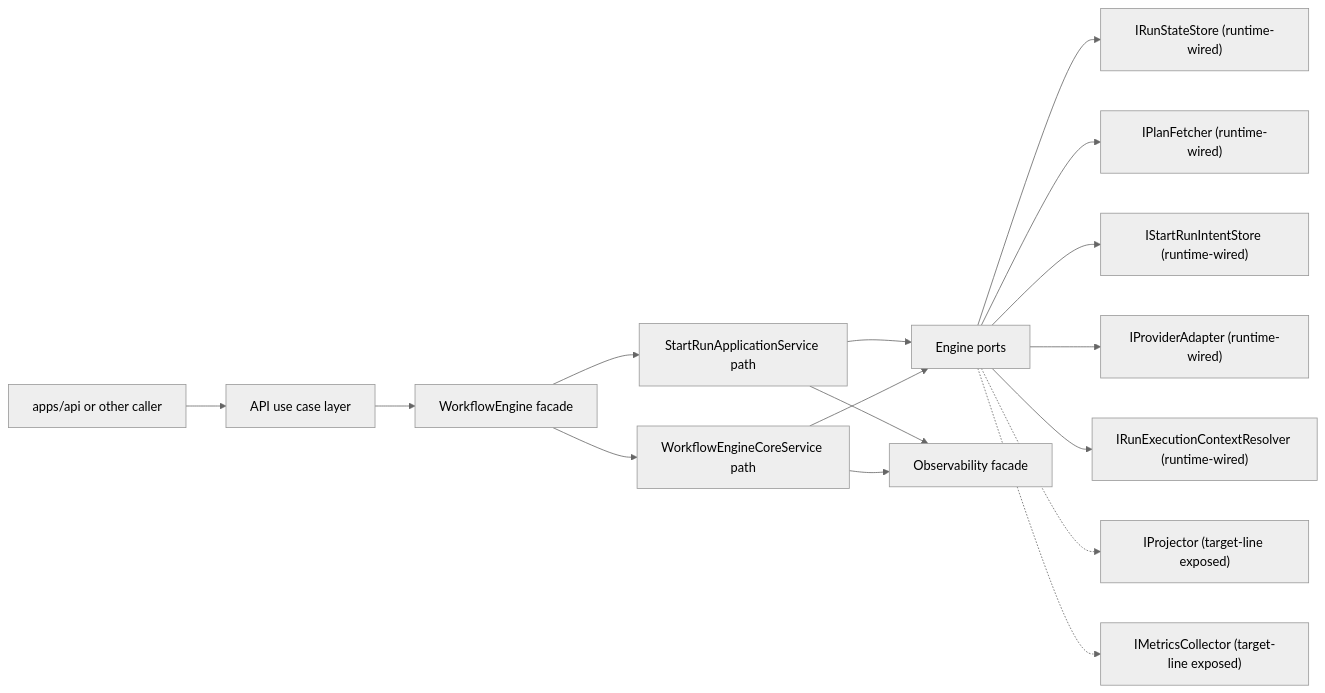
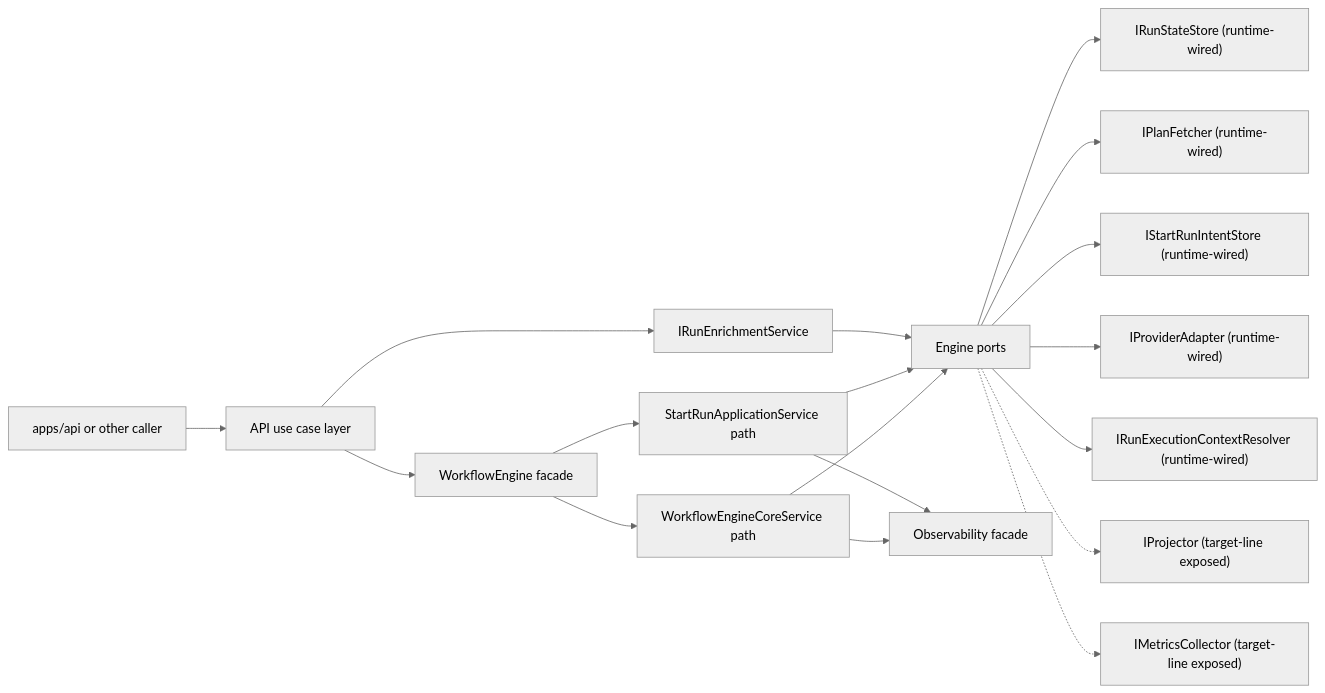
The first of 5 diagrams in docs/architecture/components/engine/architecture/workflow-engine-subsystem-context.md (dunay2/dvt), drawn with Mermaid (neutral theme) before and after one commit. The commit also changed other lines of this file and 39 other files, not shown here.

````diff
--- a/docs/architecture/components/engine/architecture/workflow-engine-subsystem-context.md
+++ b/docs/architecture/components/engine/architecture/workflow-engine-subsystem-context.md
@@ -67,18 +71,20 @@
 ```mermaid
 flowchart LR
   Caller["apps/api or other caller"] --> UseCase["API use case layer"]
   UseCase --> Engine["WorkflowEngine facade"]
+  UseCase --> Enrich["IRunEnrichmentService"]
   Engine --> StartRun["StartRunApplicationService path"]
   Engine --> Core["WorkflowEngineCoreService path"]
+  Enrich --> Ports
   StartRun --> Ports["Engine ports"]
   Core --> Ports
   Ports --> State["IRunStateStore (runtime-wired)"]
   Ports --> PlanStore["IPlanFetcher (runtime-wired)"]
   Ports --> Intent["IStartRunIntentStore (runtime-wired)"]
   Ports --> Provider["IProviderAdapter (runtime-wired)"]
   Ports --> RunCtx["IRunExecutionContextResolver (runtime-wired)"]
   Ports -.-> Projector["IProjector (target-line exposed)"]
   Ports -.-> Metrics["IMetricsCollector (target-line exposed)"]
   StartRun --> Obs["Observability facade"]
   Core --> Obs
 ```
````
